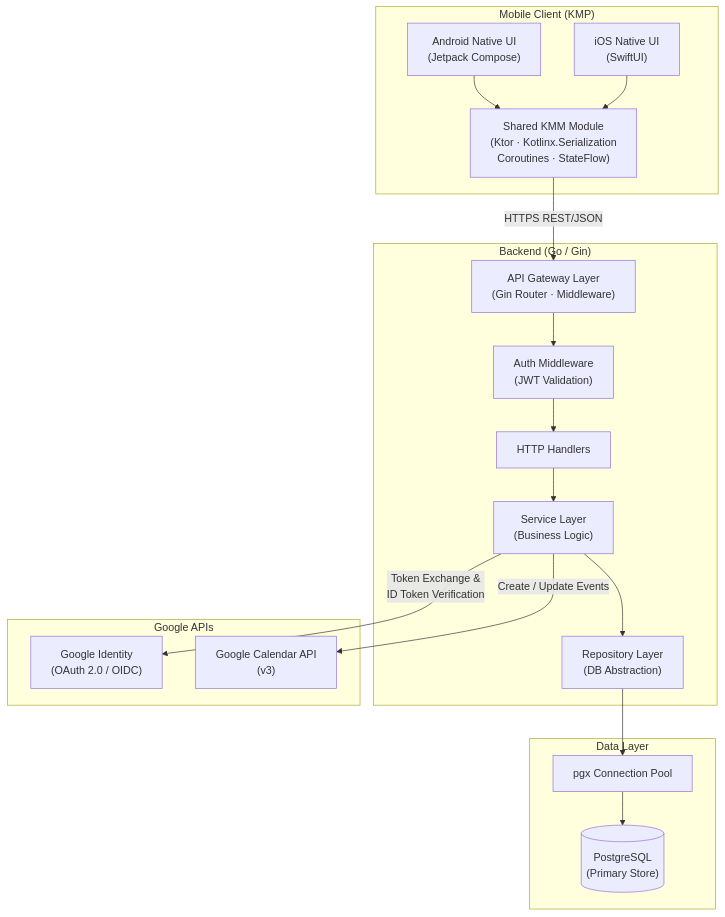
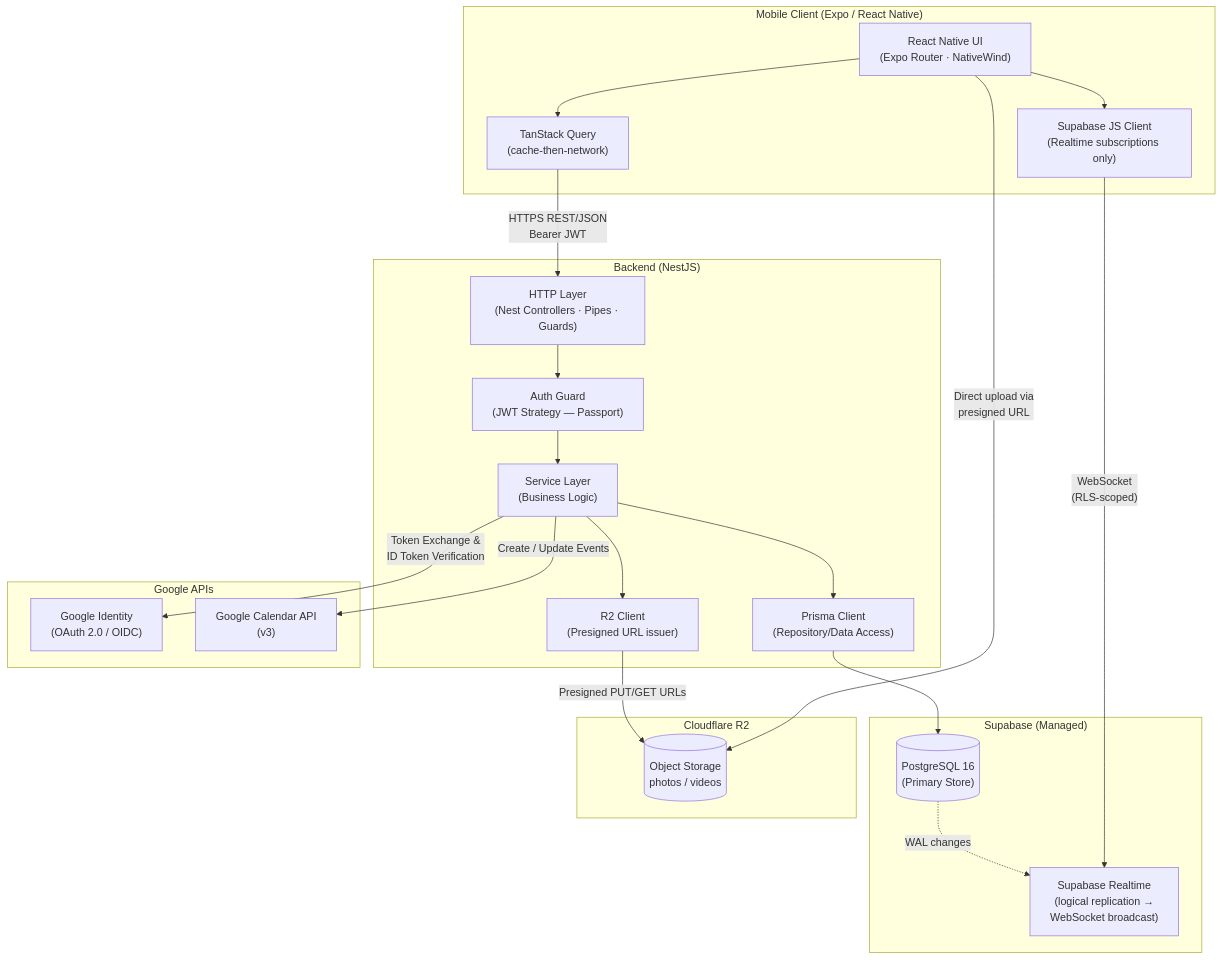
Before and after one commit to tondikii/sua-app: the first of 4 diagrams in docs/ARCHITECTURE.md, drawn with Mermaid. The commit also changed other lines of this file and 90 other files, not shown here.

Commit message:
migrate tech stack to full typescript using nest and expo rn

````diff
--- a/docs/ARCHITECTURE.md
+++ b/docs/ARCHITECTURE.md
@@ -23,34 +31,43 @@
 ```mermaid
 graph TD
-    subgraph "Mobile Client (KMP)"
-        UI_Android["Android Native UI\n(Jetpack Compose)"]
-        UI_iOS["iOS Native UI\n(SwiftUI)"]
-        Shared["Shared KMM Module\n(Ktor · Kotlinx.Serialization\nCoroutines · StateFlow)"]
-        UI_Android --> Shared
-        UI_iOS --> Shared
+    subgraph "Mobile Client (Expo / React Native)"
+        RN["React Native UI\n(Expo Router · NativeWind)"]
+        RQ["TanStack Query\n(cache-then-network)"]
+        SB_Client["Supabase JS Client\n(Realtime subscriptions only)"]
+        RN --> RQ
+        RN --> SB_Client
     end
 
-    subgraph "Backend (Go / Gin)"
-        GW["API Gateway Layer\n(Gin Router · Middleware)"]
-        Auth["Auth Middleware\n(JWT Validation)"]
-        Handlers["HTTP Handlers"]
+    subgraph "Backend (NestJS)"
+        GW["HTTP Layer\n(Nest Controllers · Pipes · Guards)"]
+        Auth["Auth Guard\n(JWT Strategy — Passport)"]
         Services["Service Layer\n(Business Logic)"]
-        Repos["Repository Layer\n(DB Abstraction)"]
-        GW --> Auth --> Handlers --> Services --> Repos
+        Prisma["Prisma Client\n(Repository/Data Access)"]
+        R2Client["R2 Client\n(Presigned URL issuer)"]
+        GW --> Auth --> Services --> Prisma
+        Services --> R2Client
     end
 
-    subgraph "Data Layer"
-        PG[("PostgreSQL\n(Primary Store)")]
-        ConnPool["pgx Connection Pool"]
-        Repos --> ConnPool --> PG
+    subgraph "Supabase (Managed)"
+        PG[("PostgreSQL 16\n(Primary Store)")]
+        Realtime["Supabase Realtime\n(logical replication →\nWebSocket broadcast)"]
+        PG -. "WAL changes" .-> Realtime
+    end
+
+    subgraph "Cloudflare R2"
+        R2[("Object Storage\nphotos / videos")]
     end
 
     subgraph "Google APIs"
         GAuth["Google Identity\n(OAuth 2.0 / OIDC)"]
         GCal["Google Calendar API\n(v3)"]
     end
 
-    Shared -- "HTTPS REST/JSON" --> GW
+    RQ -- "HTTPS REST/JSON\nBearer JWT" --> GW
+    SB_Client -- "WebSocket\n(RLS-scoped)" --> Realtime
+    Prisma --> PG
+    R2Client -- "Presigned PUT/GET URLs" --> R2
+    RN -- "Direct upload via\npresigned URL" --> R2
     Services -- "Token Exchange &\nID Token Verification" --> GAuth
     Services -- "Create / Update Events" --> GCal
 ```
````
